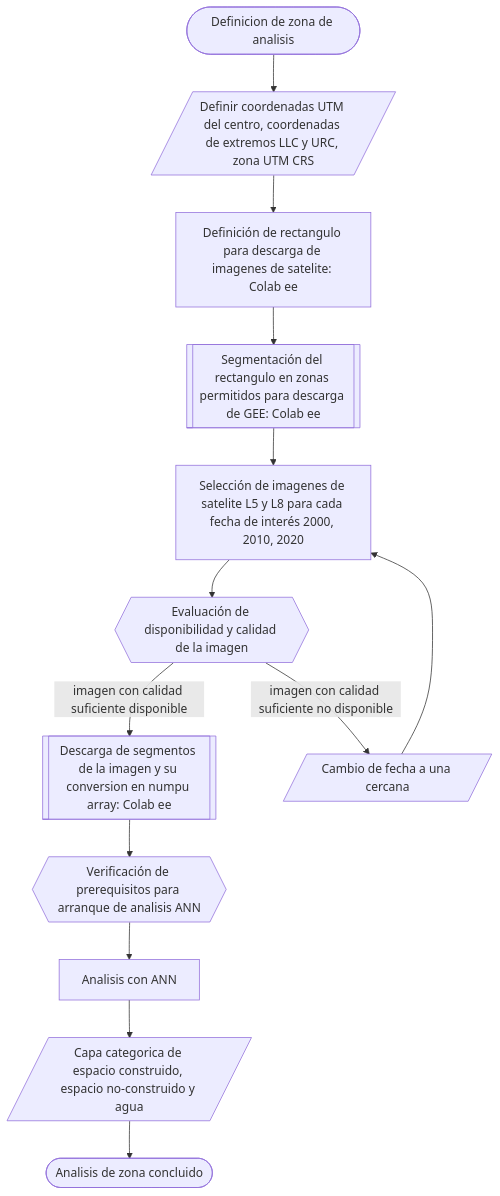
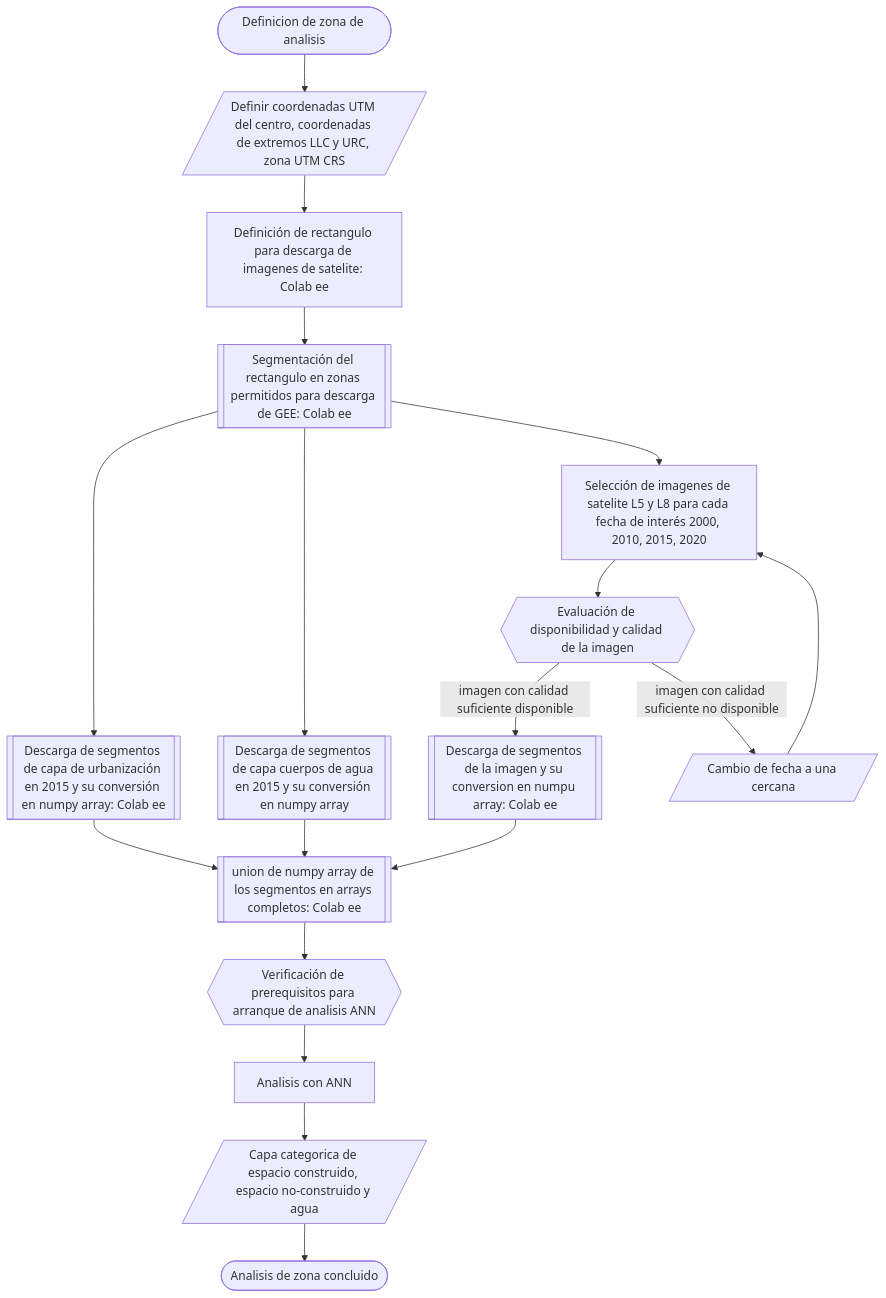
One commit to vshalisko/GEE changed the diagram in AUEM/Esquemas/Esquema_de_procesos.mermaid. Above: the diagram before and after it, drawn with Mermaid.

```diff
--- a/AUEM/Esquemas/Esquema_de_procesos.mermaid
+++ b/AUEM/Esquemas/Esquema_de_procesos.mermaid
@@ -1,15 +1,20 @@
 flowchart TD
   A1([Definicion de zona de analisis])-->B1
   B1[/Definir coordenadas UTM del centro, coordenadas de extremos LLC y URC, zona UTM CRS/]-->C1
   C1[Definición de rectangulo para descarga de imagenes de satelite: Colab ee]-->C2
   C2[[Segmentación del rectangulo en zonas permitidos para descarga de GEE: Colab ee]]-->D1
-  D1[Selección de imagenes de satelite L5 y L8 para cada fecha de interés 2000, 2010, 2020]-->D2
+  C2-->C3
+  C2-->C4
+  C3[[Descarga de segmentos de capa de urbanización en 2015 y su conversión en numpy array: Colab ee]]-->E2
+  C4[[Descarga de segmentos de capa cuerpos de agua en 2015 y su conversión en numpy array]]-->E2
+  D1[Selección de imagenes de satelite L5 y L8 para cada fecha de interés 2000, 2010, 2015, 2020]-->D2
   D2{{Evaluación de disponibilidad y calidad de la imagen}}
   D2--imagen con calidad suficiente disponible-->E1
   D2--imagen con calidad suficiente no disponible-->D3
   D3[/Cambio de fecha a una cercana/]-->D1
-  E1[[Descarga de segmentos de la imagen y su conversion en numpu array: Colab ee]]-->J1
+  E1[[Descarga de segmentos de la imagen y su conversion en numpu array: Colab ee]]-->E2
+  E2[[union de numpy array de los segmentos en arrays completos: Colab ee]]-->J1
   J1{{Verificación de prerequisitos para arranque de analisis ANN}}-->K1
   K1[Analisis con ANN]-->M1
   M1[/Capa categorica de espacio construido, espacio no-construido y agua/]-->Z1
   Z1([Analisis de zona concluido])
```
